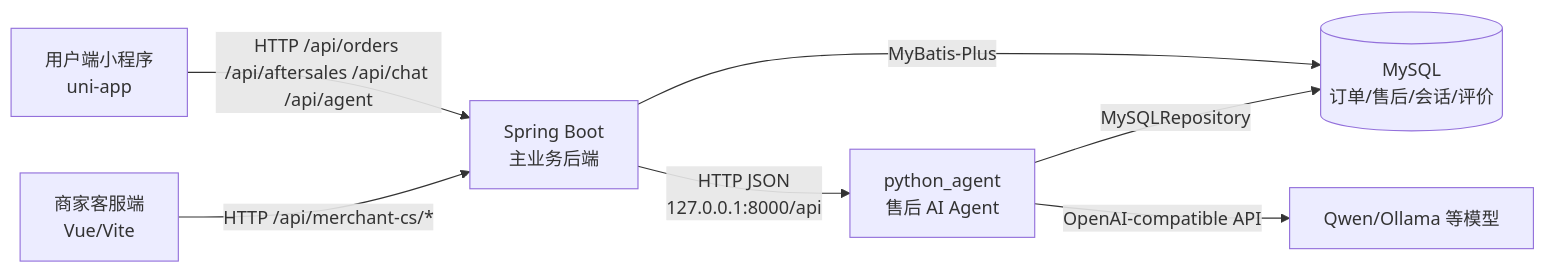
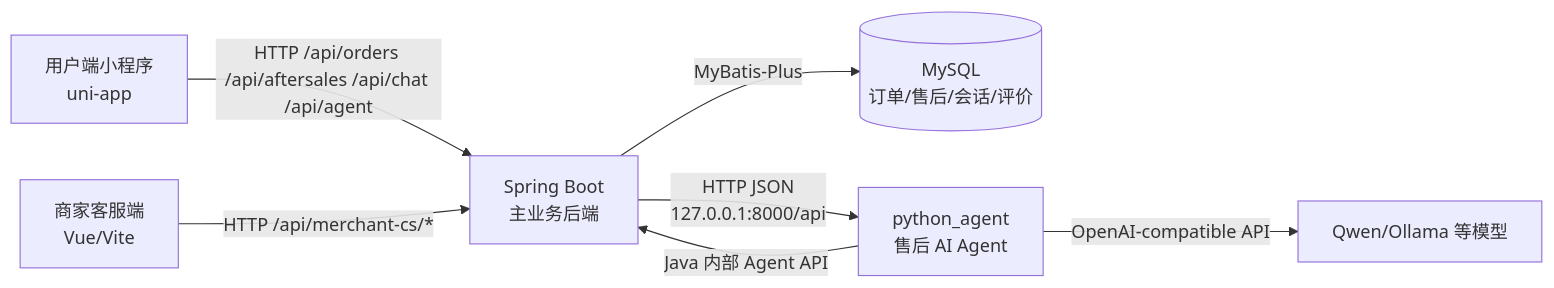
Before and after one commit to zuiaiyenai/ecommerce-after-sales-system: the first of 4 diagrams in docs/midterm-4-5-6-system-flow.md, drawn with Mermaid. The commit also changed other lines of this file and 426 other files, not shown here.

````diff
--- a/docs/midterm-4-5-6-system-flow.md
+++ b/docs/midterm-4-5-6-system-flow.md
@@ -13,9 +13,9 @@
 ```mermaid
 flowchart LR
   UserMini["用户端小程序<br/>uni-app"] -->|HTTP /api/orders /api/aftersales /api/chat /api/agent| Spring["Spring Boot<br/>主业务后端"]
   StaffWeb["商家客服端<br/>Vue/Vite"] -->|HTTP /api/merchant-cs/*| Spring
   Spring -->|MyBatis-Plus| DB[(MySQL<br/>订单/售后/会话/评价)]
   Spring -->|HTTP JSON<br/>127.0.0.1:8000/api| PyAgent["python_agent<br/>售后 AI Agent"]
   PyAgent -->|OpenAI-compatible API| LLM["Qwen/Ollama 等模型"]
-  PyAgent -->|MySQLRepository| DB
+  PyAgent -->|Java 内部 Agent API| Spring
 ```
````
